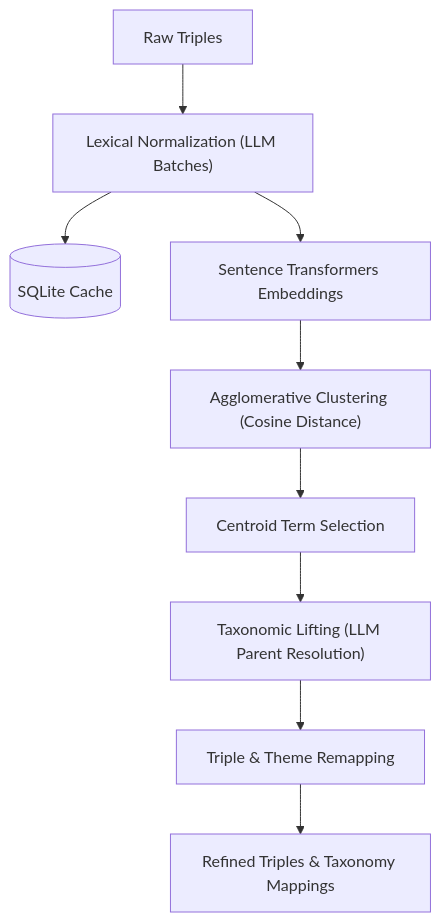
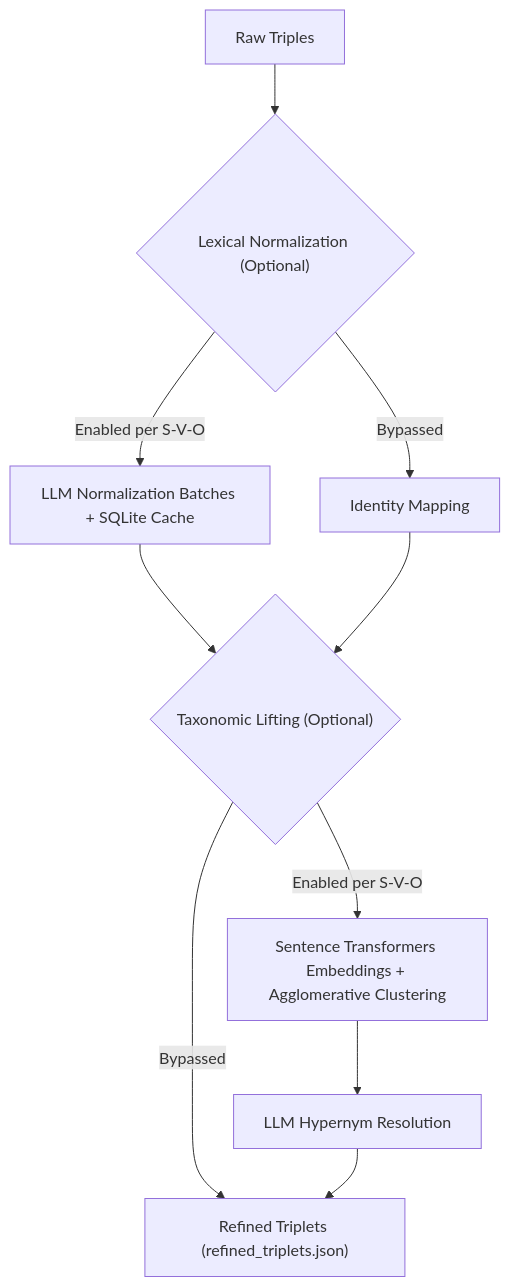
One commit to childmindresearch/SemanticPrism changed the first of 3 diagrams in README.md. Above: the diagram before and after it, drawn with Mermaid. The commit also changed other lines of this file and 11 other files, not shown here.

````diff
--- a/README.md
+++ b/README.md
@@ -50,11 +72,12 @@
 ```mermaid
 graph TD
-    RawTriplets["Raw Triples"] --> LexicalNorm["Lexical Normalization (LLM Batches)"]
-    LexicalNorm --> CacheDB[("SQLite Cache")]
-    LexicalNorm --> Embeddings["Sentence Transformers Embeddings"]
-    Embeddings --> CosineClust["Agglomerative Clustering (Cosine Distance)"]
-    CosineClust --> CentroidResolv["Centroid Term Selection"]
-    CentroidResolv --> TaxoLifting["Taxonomic Lifting (LLM Parent Resolution)"]
-    TaxoLifting --> Remap["Triple & Theme Remapping"]
-    Remap --> RefinedOut["Refined Triples & Taxonomy Mappings"]
+    RawTriplets["Raw Triples"] --> LexicalNorm{"Lexical Normalization (Optional)"}
+    LexicalNorm -->|"Enabled per S-V-O"| NormPass["LLM Normalization Batches + SQLite Cache"]
+    LexicalNorm -->|"Bypassed"| DirectRemap["Identity Mapping"]
+    NormPass --> VectorClust{"Taxonomic Lifting (Optional)"}
+    DirectRemap --> VectorClust
+    VectorClust -->|"Enabled per S-V-O"| VectorEmbed["Sentence Transformers Embeddings + Agglomerative Clustering"]
+    VectorEmbed --> TaxoLifting["LLM Hypernym Resolution"]
+    VectorClust -->|"Bypassed"| RefinedOut["Refined Triplets (refined_triplets.json)"]
+    TaxoLifting --> RefinedOut
 ```
````
